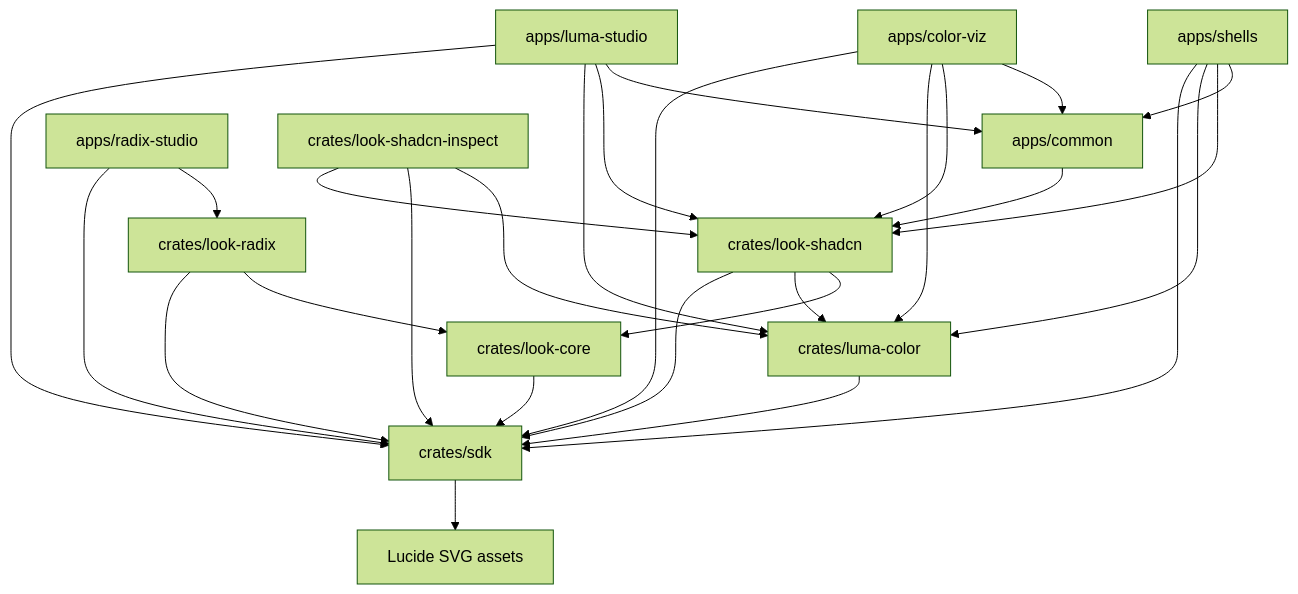
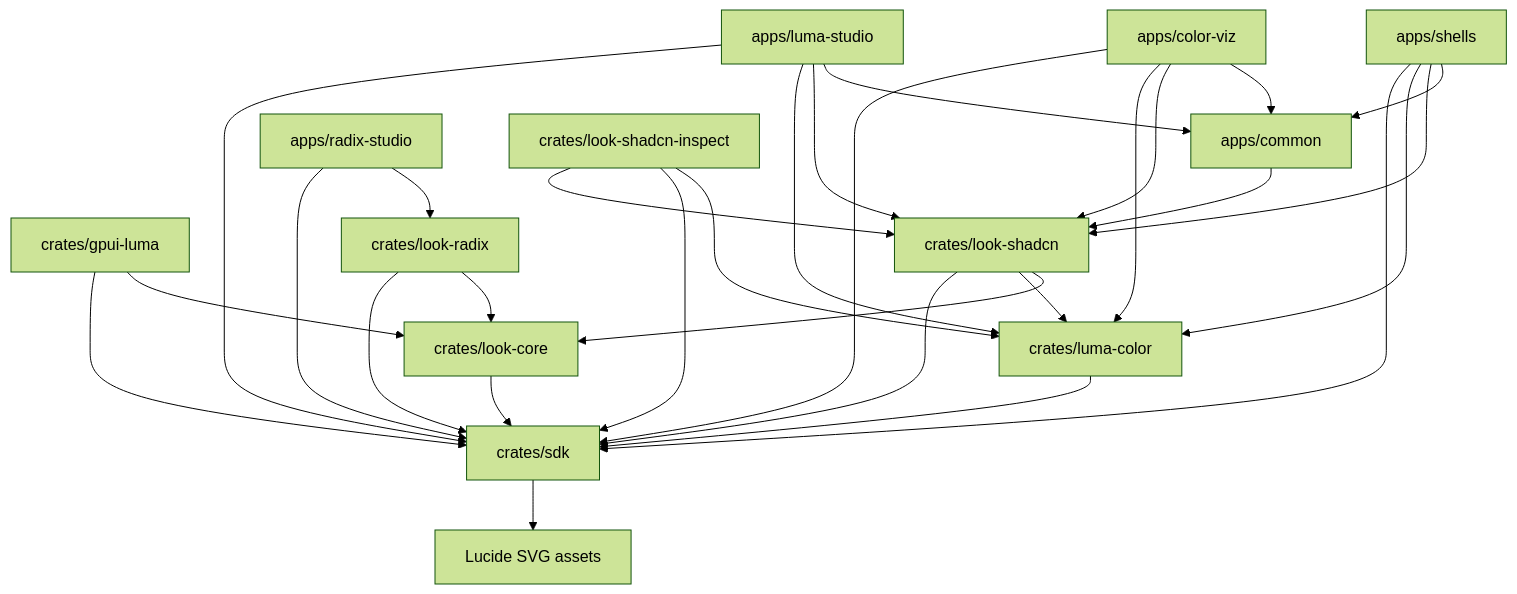
The diagram in docs/architecture.md (gpui-luma-dev/gpui-luma), drawn with Mermaid (forest theme) before and after one commit. The commit also changed other lines of this file and 6 other files, not shown here.

````diff
--- a/docs/architecture.md
+++ b/docs/architecture.md
@@ -28,29 +29,31 @@
 ```mermaid
 graph TD
-    Studio[apps/luma-studio] --> SDK[crates/sdk]
+    Facade[crates/gpui-luma] --> SDK[crates/sdk]
+    Facade --> LookCore[crates/look-core]
+    Studio[apps/luma-studio] --> SDK
     Studio --> Color[crates/luma-color]
     Color --> SDK
     SDK --> Lucide[Lucide SVG assets]
     Studio --> Look[crates/look-shadcn]
     Studio --> AppCommon[apps/common]
     RadixStudio[apps/radix-studio] --> SDK
     RadixStudio --> LookRadix
     ColorViz[apps/color-viz] --> SDK
     ColorViz --> Color
     ColorViz --> Look
     ColorViz --> AppCommon
     Shells[apps/shells] --> SDK
     Shells --> Color
     Shells --> Look
     Shells --> AppCommon
-    LookCore[crates/look-core] --> SDK
+    LookCore --> SDK
     Look --> SDK
     Look --> Color
     Look --> LookCore
     LookRadix[crates/look-radix] --> SDK
     LookRadix --> LookCore
     AppCommon --> Look
     LookInspect[crates/look-shadcn-inspect] --> Look
     LookInspect --> SDK
     LookInspect --> Color
 ```
````
